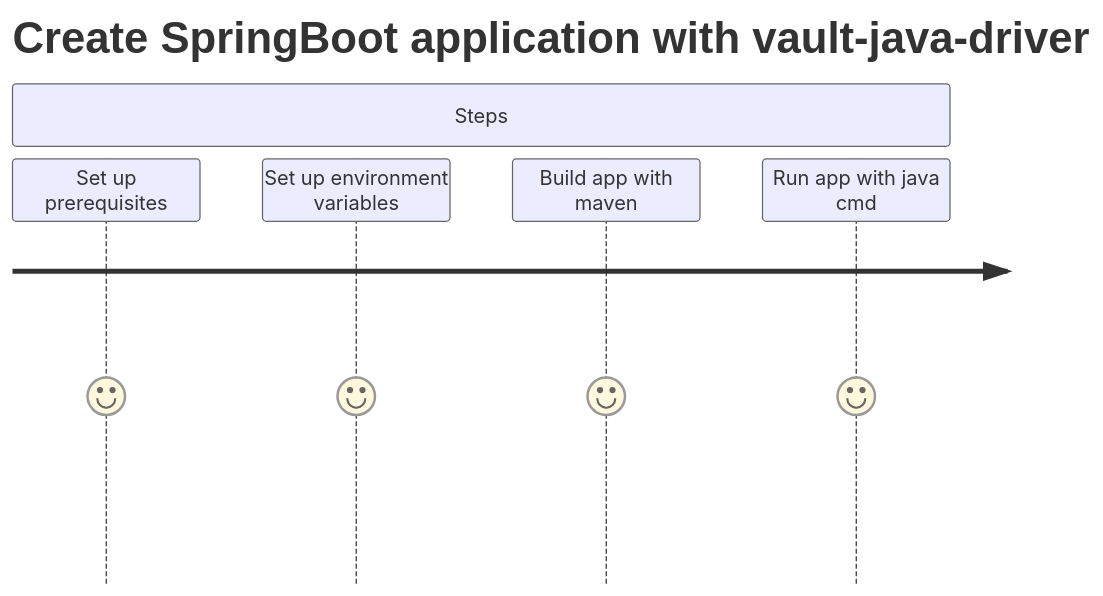
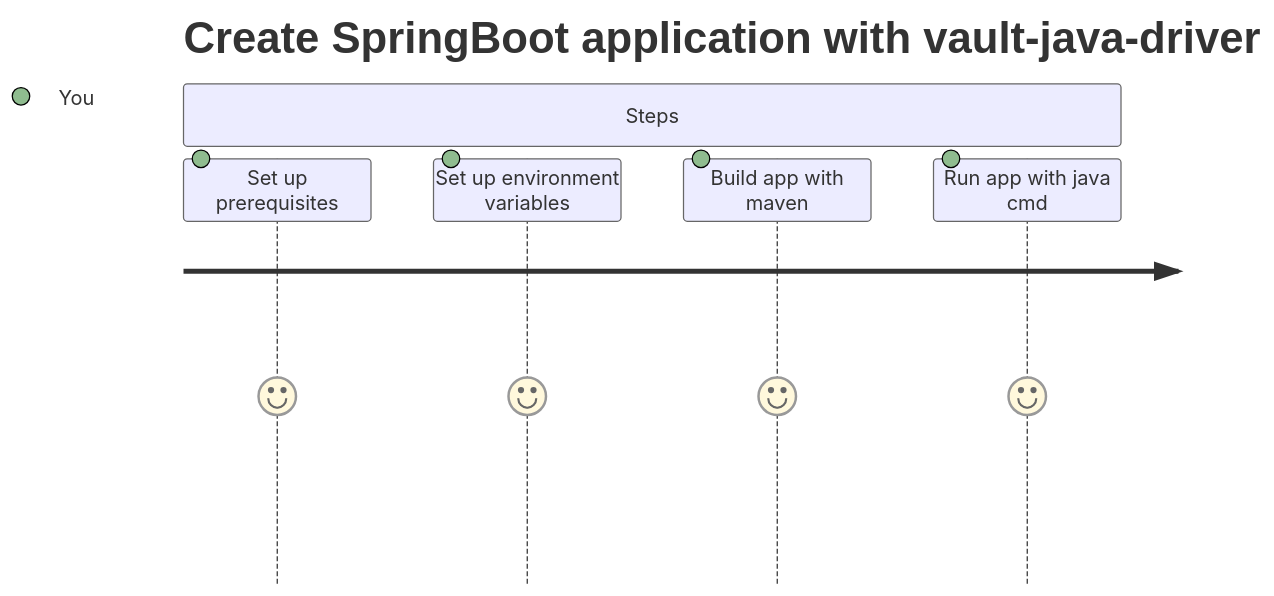
The diagram in README.md (cvanballegooijen/hello-vault-driver), drawn with Mermaid before and after one commit. The commit also changed 1 other file, not shown here.

Commit message:
Updated user journey

````diff
--- a/README.md
+++ b/README.md
@@ -35,9 +35,9 @@
 ```mermaid
 journey
     title Create SpringBoot application with vault-java-driver
     section Steps
-      Set up prerequisites: 5
-      Set up environment variables: 5
-      Build app with maven: 5
-      Run app with java cmd: 5
+      Set up prerequisites: 5: You
+      Set up environment variables: 5: You
+      Build app with maven: 5: You
+      Run app with java cmd: 5: You
 ```
````
